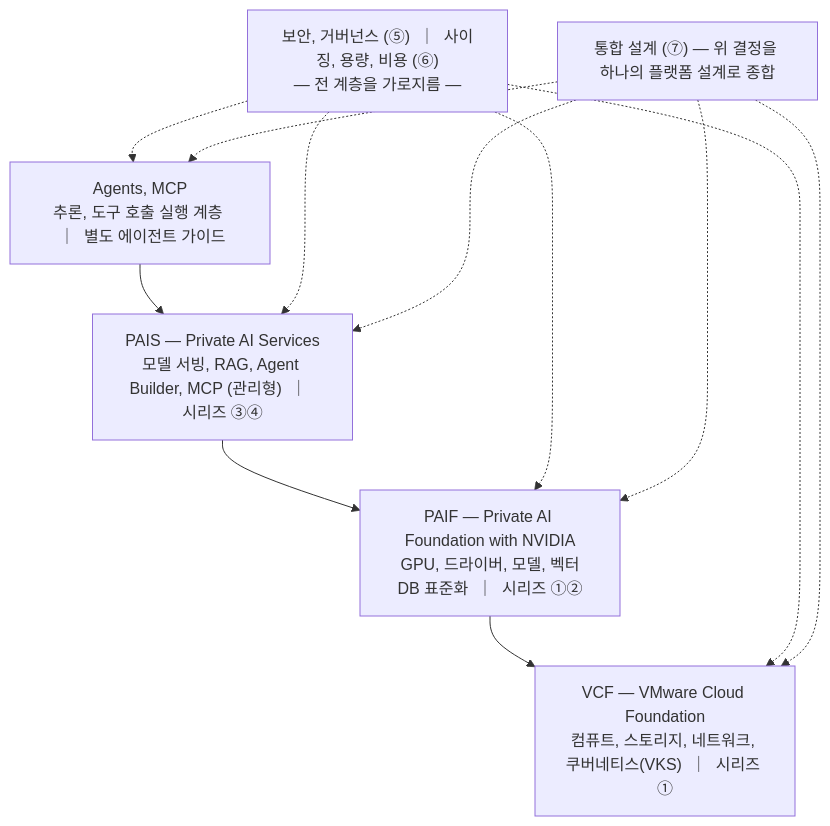
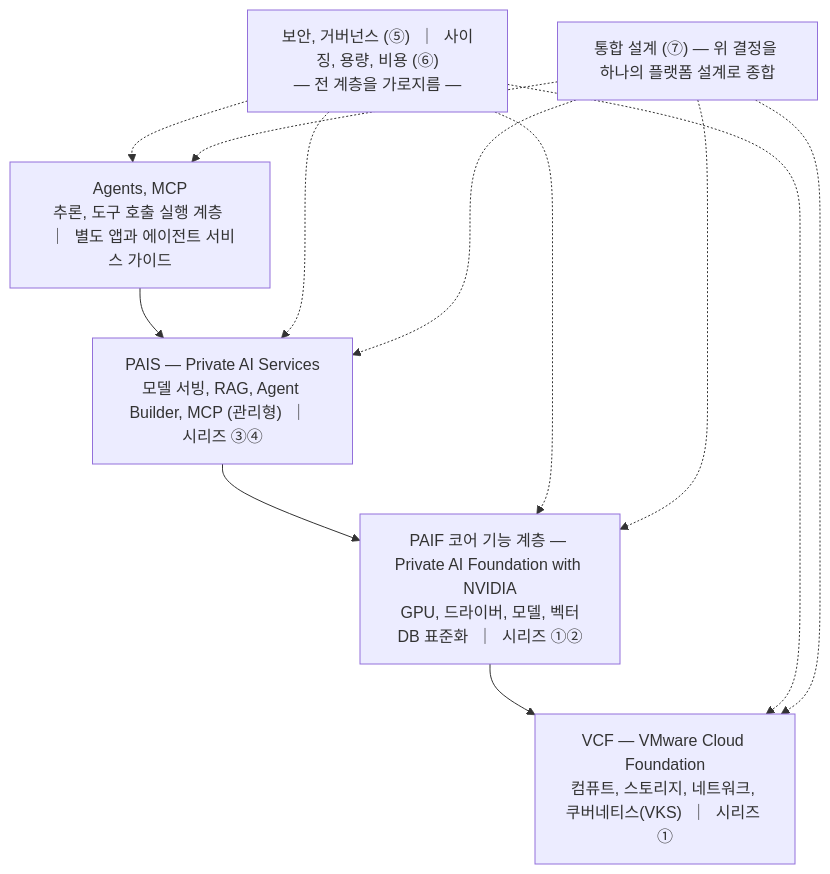
One commit to JaeHoYun/vcf-private-ai changed the diagram in README.md. Above: the diagram before and after it, drawn with Mermaid. The commit also changed other lines of this file and 22 other files, not shown here.

````diff
--- a/README.md
+++ b/README.md
@@ -38,18 +36,18 @@
 ```mermaid
 flowchart TB
-    A["Agents, MCP<br/>추론, 도구 호출 실행 계층 &nbsp;｜&nbsp; 별도 에이전트 가이드"]
+    A["Agents, MCP<br/>추론, 도구 호출 실행 계층 &nbsp;｜&nbsp; 별도 앱과 에이전트 서비스 가이드"]
     P["PAIS — Private AI Services<br/>모델 서빙, RAG, Agent Builder, MCP (관리형) &nbsp;｜&nbsp; 시리즈 ③④"]
-    F["PAIF — Private AI Foundation with NVIDIA<br/>GPU, 드라이버, 모델, 벡터DB 표준화 &nbsp;｜&nbsp; 시리즈 ①②"]
+    F["PAIF 코어 기능 계층 — Private AI Foundation with NVIDIA<br/>GPU, 드라이버, 모델, 벡터DB 표준화 &nbsp;｜&nbsp; 시리즈 ①②"]
     V["VCF — VMware Cloud Foundation<br/>컴퓨트, 스토리지, 네트워크, 쿠버네티스(VKS) &nbsp;｜&nbsp; 시리즈 ①"]
     A --> P --> F --> V
     X["보안, 거버넌스 (⑤) &nbsp;｜&nbsp; 사이징, 용량, 비용 (⑥)<br/>— 전 계층을 가로지름 —"]
     X -.-> A
     X -.-> P
     X -.-> F
     X -.-> V
     Y["통합 설계 (⑦) — 위 결정을 하나의 플랫폼 설계로 종합"]
     Y -.-> A
     Y -.-> P
     Y -.-> F
     Y -.-> V
 ```
````
